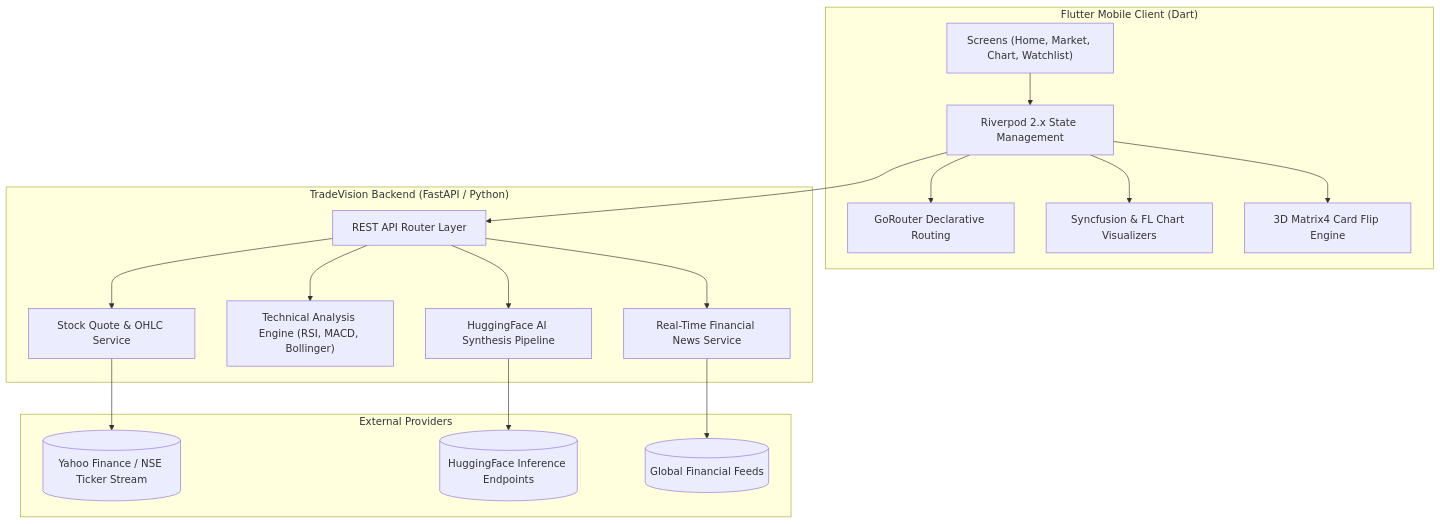
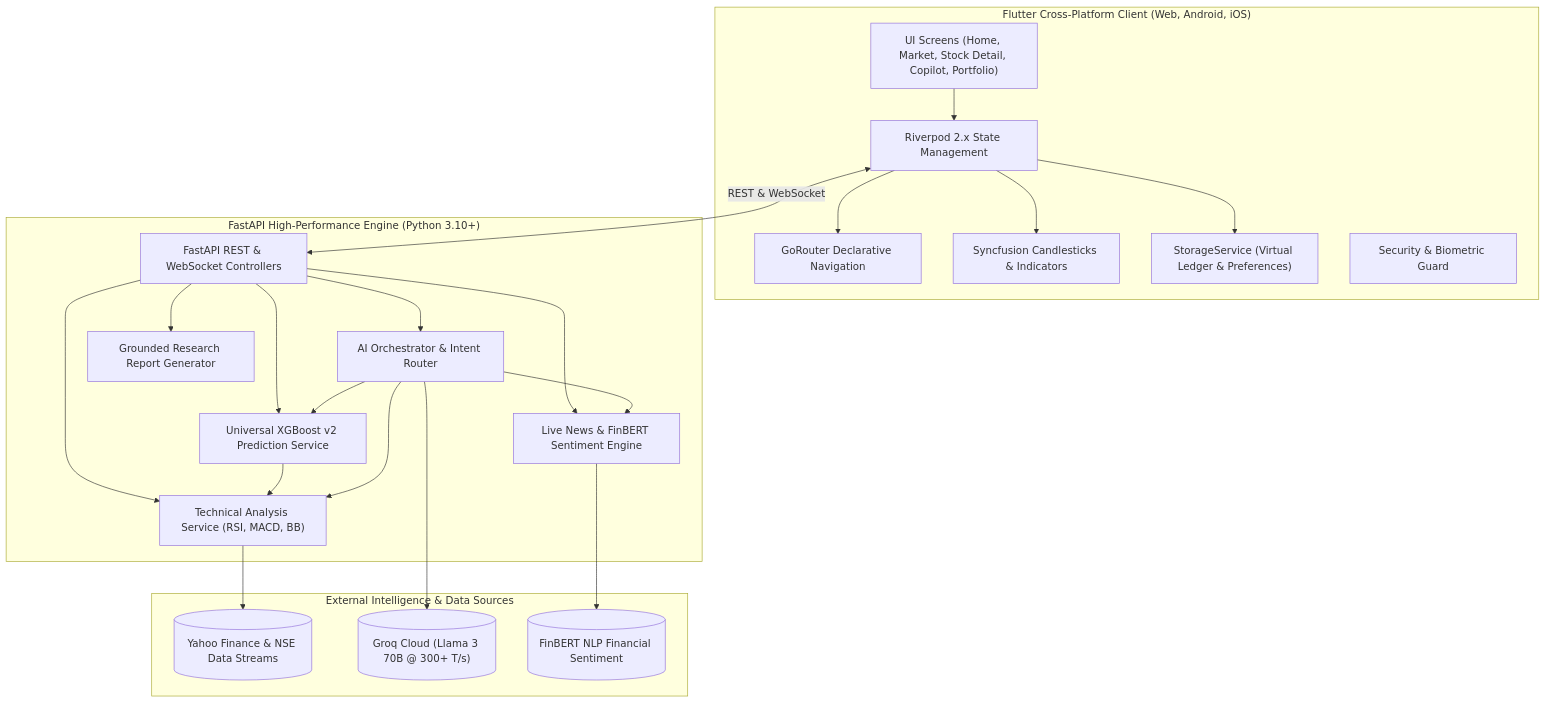
One commit to CodeWidKrish/TradeVision-AI changed the diagram in README.md. Above: the diagram before and after it, drawn with Mermaid. The commit also changed other lines of this file and 58 other files, not shown here.

Commit message:
feat: TradeVision AI v2.0 - Universal XGBoost, Groq Copilot & Paper Trading Platform

````diff
--- a/README.md
+++ b/README.md
@@ -145,37 +96,46 @@
 ```mermaid
-graph TD
-    subgraph Client ["Flutter Mobile Client (Dart)"]
-        UI["Screens (Home, Market, Chart, Watchlist)"]
-        SM["Riverpod 2.x State Management"]
-        Router["GoRouter Declarative Routing"]
-        Charts["Syncfusion & FL Chart Visualizers"]
-        Flip["3D Matrix4 Card Flip Engine"]
+flowchart TD
+    subgraph Frontend ["Flutter Cross-Platform Client (Web, Android, iOS)"]
+        UI["UI Screens (Home, Market, Stock Detail, Copilot, Portfolio)"]
+        Riverpod["Riverpod 2.x State Management"]
+        Router["GoRouter Declarative Navigation"]
+        Charts["Syncfusion Candlesticks & Indicators"]
+        Storage["StorageService (Virtual Ledger & Preferences)"]
+        AppLock["Security & Biometric Guard"]
     end
 
-    subgraph Backend ["TradeVision Backend (FastAPI / Python)"]
-        API["REST API Router Layer"]
-        MktSvc["Stock Quote & OHLC Service"]
-        IndSvc["Technical Analysis Engine (RSI, MACD, Bollinger)"]
-        AISvc["HuggingFace AI Synthesis Pipeline"]
-        NewsSvc["Real-Time Financial News Service"]
+    subgraph Backend ["FastAPI High-Performance Engine (Python 3.10+)"]
+        API["FastAPI REST & WebSocket Controllers"]
+        Orchestrator["AI Orchestrator & Intent Router"]
+        TechEngine["Technical Analysis Service (RSI, MACD, BB)"]
+        MLService["Universal XGBoost v2 Prediction Service"]
+        NewsEngine["Live News & FinBERT Sentiment Engine"]
+        ReportService["Grounded Research Report Generator"]
     end
 
-    subgraph DataSources ["External Providers"]
-        YF[("Yahoo Finance / NSE Ticker Stream")]
-        HF[("HuggingFace Inference Endpoints")]
-        NewsAPI[("Global Financial Feeds")]
+    subgraph Intelligence ["External Intelligence & Data Sources"]
+        YF[("Yahoo Finance & NSE Data Streams")]
+        Groq[("Groq Cloud (Llama 3 70B @ 300+ T/s)")]
+        FinBERT[("FinBERT NLP Financial Sentiment")]
     end
 
-    UI --> SM
-    SM --> Charts
-    SM --> Flip
-    SM --> Router
-    SM --> API
-    API --> MktSvc
-    API --> IndSvc
-    API --> AISvc
-    API --> NewsSvc
-    MktSvc --> YF
-    AISvc --> HF
-    NewsSvc --> NewsAPI
+    UI --> Riverpod
+    Riverpod --> Charts
+    Riverpod --> Storage
+    Riverpod --> Router
+    Riverpod <-->|REST & WebSocket| API
+
+    API --> Orchestrator
+    API --> TechEngine
+    API --> MLService
+    API --> NewsEngine
+    API --> ReportService
+
+    TechEngine --> YF
+    MLService --> TechEngine
+    NewsEngine --> FinBERT
+    Orchestrator --> Groq
+    Orchestrator --> MLService
+    Orchestrator --> TechEngine
+    Orchestrator --> NewsEngine
 ```
````
